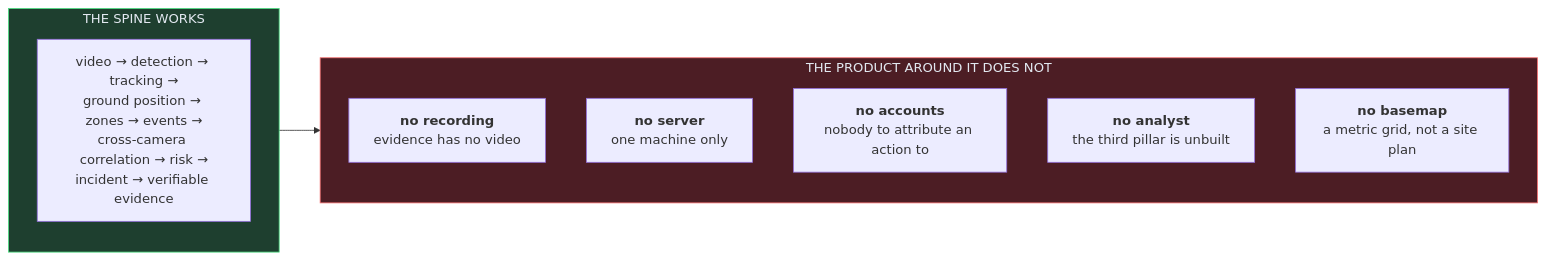
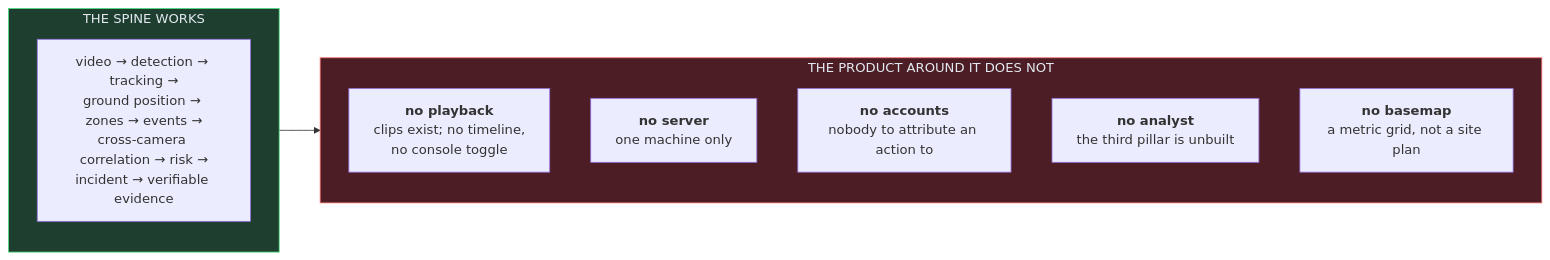
Before and after one commit to haidar-farhat/V.I.G.I.L._Vision_Intelligence_and_Geospatial_ncident_Layer: the second of 3 diagrams in FEATURES.md, drawn with Mermaid. The commit also changed other lines of this file and 11 other files, not shown here.

First line of the commit message:
Add comprehensive tests for continuous recording and evidence retention

````diff
--- a/FEATURES.md
+++ b/FEATURES.md
@@ -65,21 +65,21 @@
 ```mermaid
 flowchart LR
     subgraph works["THE SPINE WORKS"]
         direction TB
         A["video → detection → tracking →<br/>ground position → zones → events →<br/>cross-camera correlation → risk →<br/>incident → verifiable evidence"]
     end
 
     subgraph missing["THE PRODUCT AROUND IT DOES NOT"]
         direction TB
-        B["<b>no recording</b><br/>evidence has no video"]
+        B["<b>no playback</b><br/>clips exist; no timeline,<br/>no console toggle"]
         C["<b>no server</b><br/>one machine only"]
         D["<b>no accounts</b><br/>nobody to attribute an action to"]
         E["<b>no analyst</b><br/>the third pillar is unbuilt"]
         F["<b>no basemap</b><br/>a metric grid, not a site plan"]
     end
 
     works --> missing
 
     style works fill:#1e3f2f,stroke:#4ade80,color:#e2e8f0
     style missing fill:#4c1d24,stroke:#f87171,color:#e2e8f0
 ```
````
